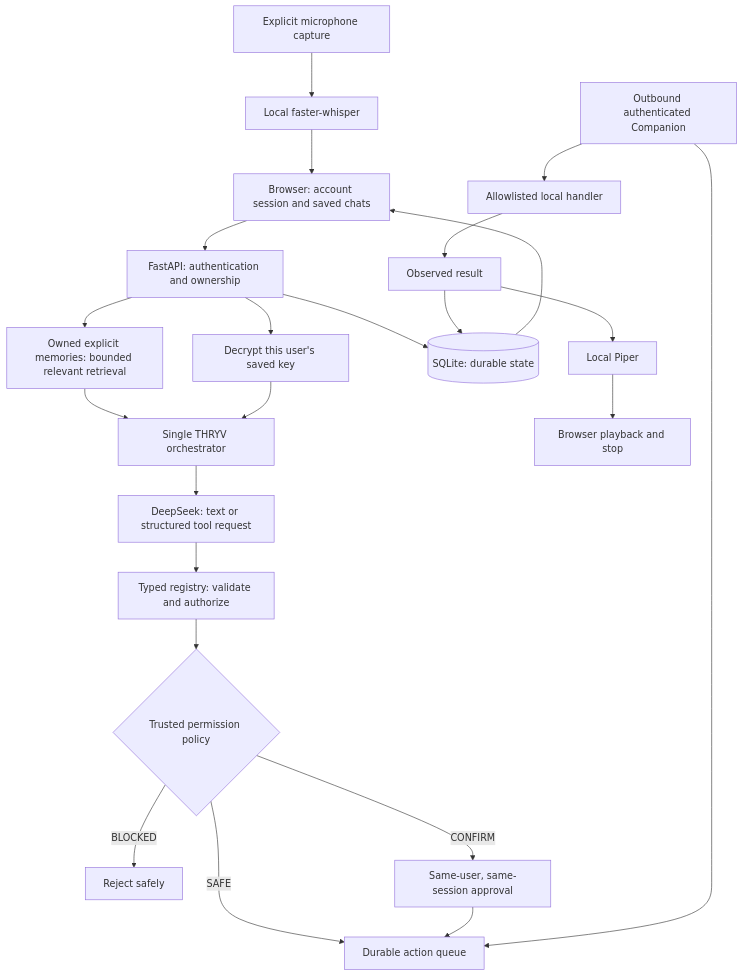
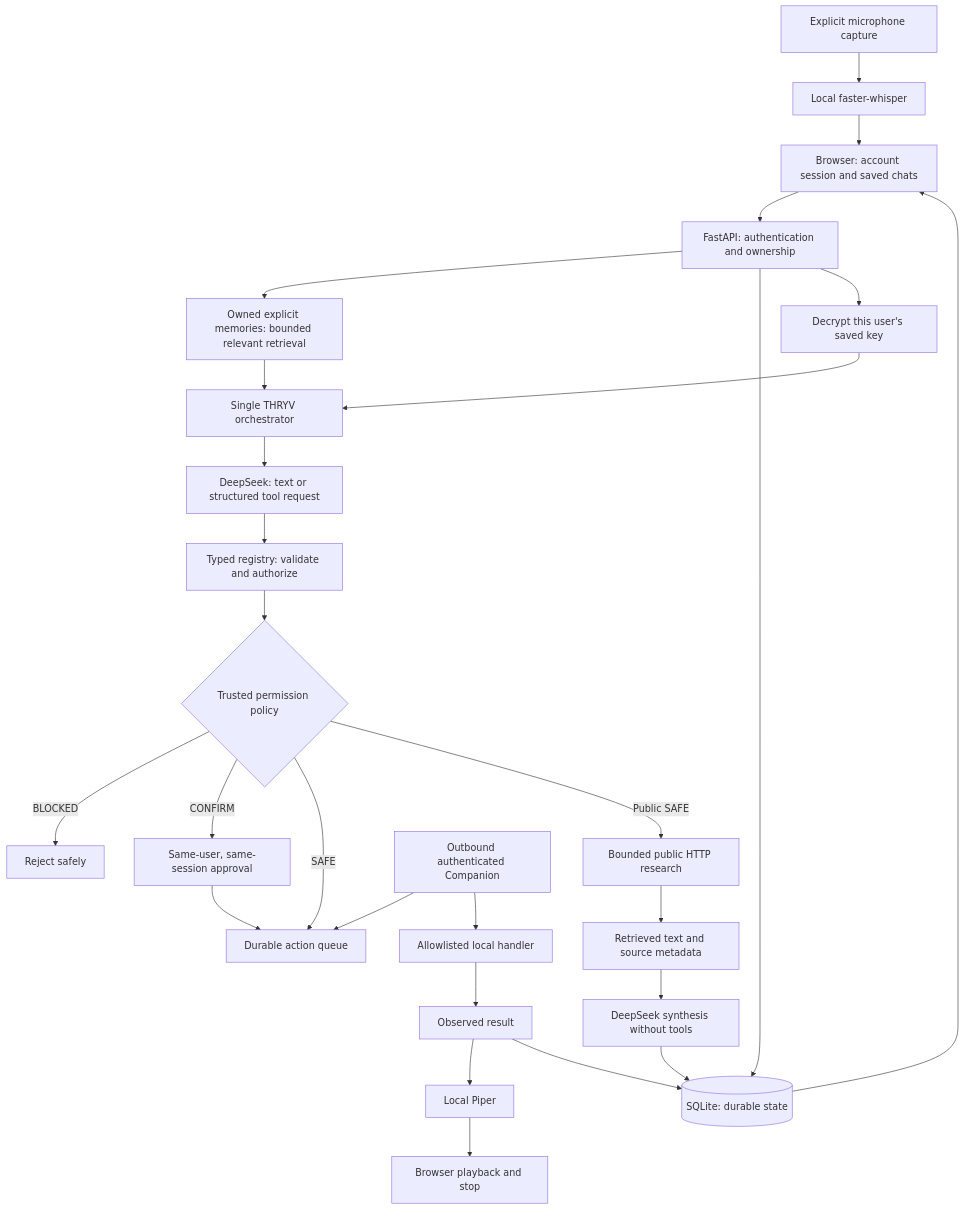
One commit to RecursiveOm/THRYV changed the diagram in README.md. Above: the diagram before and after it, drawn with Mermaid. The commit also changed other lines of this file and 34 other files, not shown here.

Commit message:
feat: add V3 public browser and grounded live research

````diff
--- a/README.md
+++ b/README.md
@@ -18,25 +26,29 @@
 ```mermaid
 flowchart TD
     Mic[Explicit microphone capture] --> STT[Local faster-whisper]
     STT --> UI[Browser: account session and saved chats]
     UI --> API[FastAPI: authentication and ownership]
     API --> Memories[Owned explicit memories: bounded relevant retrieval]
     Memories --> O
     Result[Observed reply] --> TTS[Local Piper]
     TTS --> Speaker[Browser playback and stop]
     API --> DB[(SQLite: durable state)]
     API --> Vault[Decrypt this user's saved key]
     Vault --> O[Single THRYV orchestrator]
     O --> Model[DeepSeek: text or structured tool request]
     Model --> Registry[Typed registry: validate and authorize]
     Registry --> Permission{Trusted permission policy}
     Permission -->|BLOCKED| Reject[Reject safely]
     Permission -->|CONFIRM| Approval[Same-user, same-session approval]
     Permission -->|SAFE| Queue[Durable action queue]
+    Permission -->|Public SAFE| Research[Bounded public HTTP research]
+    Research --> Sources[Retrieved text and source metadata]
+    Sources --> Synthesis[DeepSeek synthesis without tools]
+    Synthesis --> DB
     Approval --> Queue
     Companion[Outbound authenticated Companion] --> Queue
     Companion --> Handler[Allowlisted local handler]
     Handler --> Result[Observed result]
     Result --> DB
     DB --> UI
 ```
````
